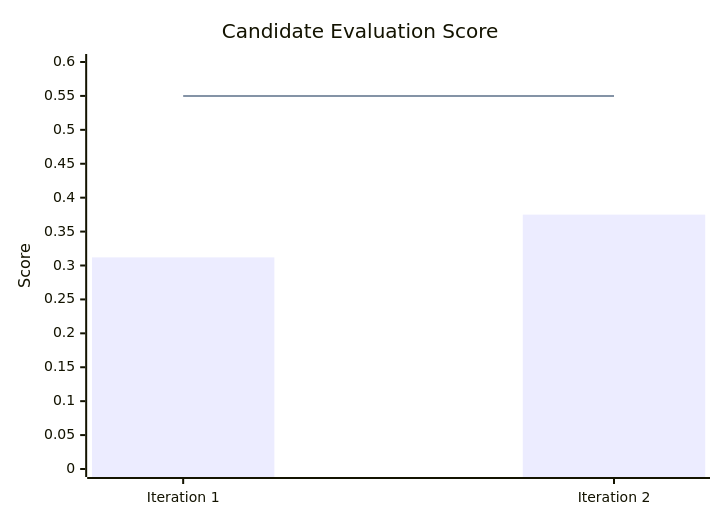
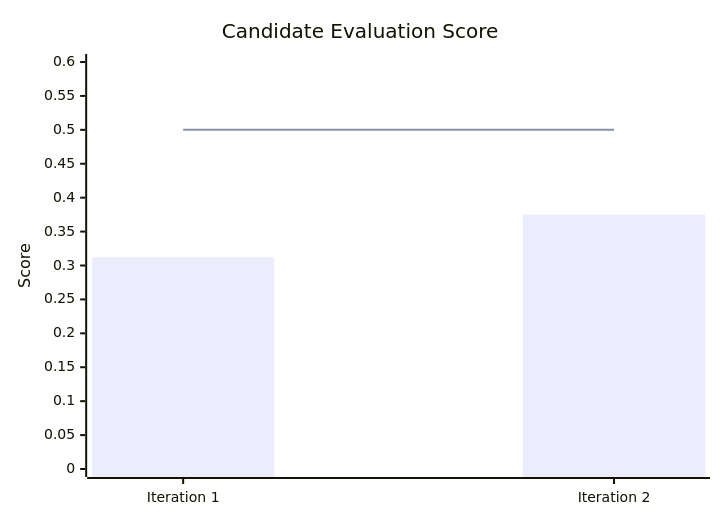
One commit to Nomusa990822/AlphaZero-Style-Chess-AI-Self-Play-Reinforcement-Learning-with-MCTS-and-Policy-Value-Networks changed the tenth of 10 diagrams in README.md. Above: the diagram before and after it, drawn with Mermaid. The commit also changed other lines of this file and 9 other files, not shown here.

````diff
--- a/README.md
+++ b/README.md
@@ -741,8 +741,8 @@
 ```mermaid
 xychart-beta
     title "Candidate Evaluation Score"
     x-axis ["Iteration 1", "Iteration 2"]
     y-axis "Score" 0 --> 0.60
     bar [0.312, 0.375]
-    line [0.55, 0.55]
+    line [0.50, 0.50]
 ```
````
